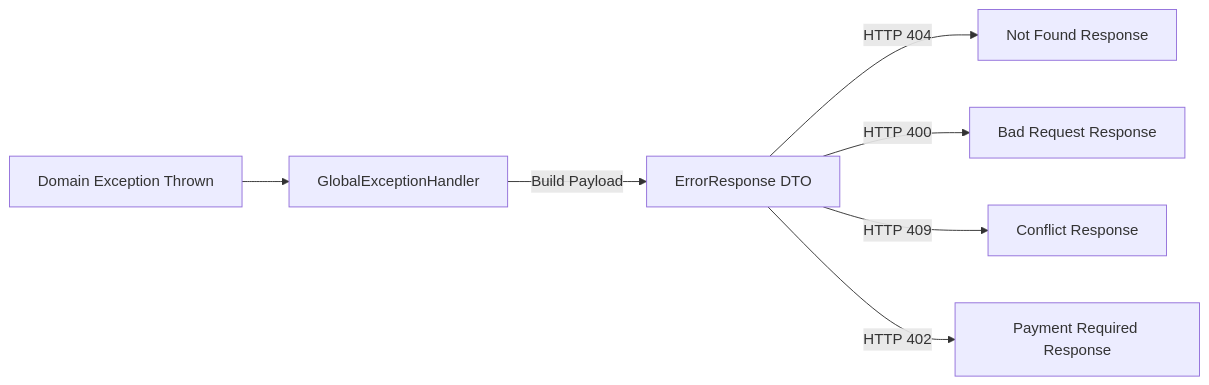
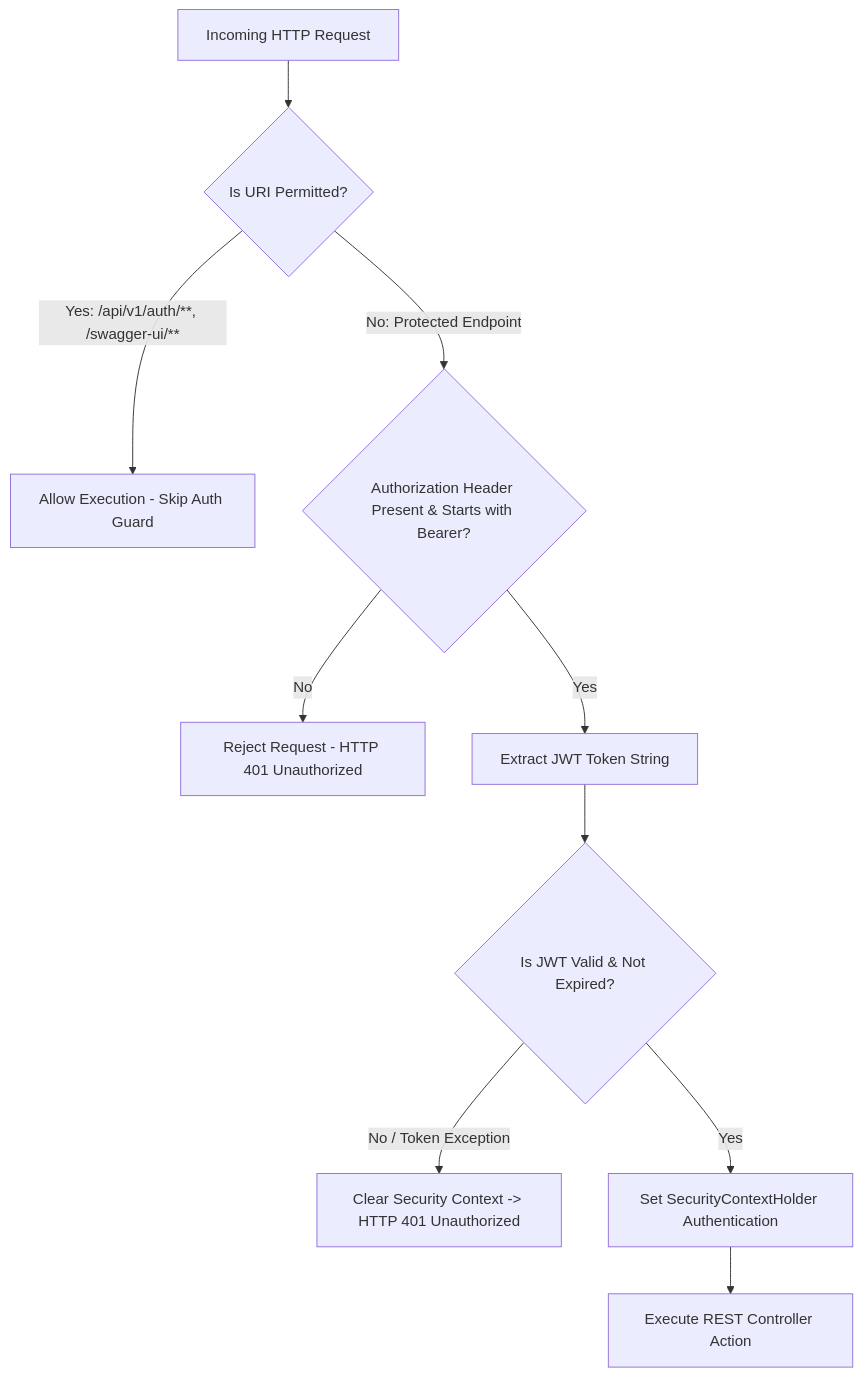
One commit to Amitgupta0001/amazon-scale-backend changed the fifth of 9 diagrams in docs/Architecture.md. Above: the diagram before and after it, drawn with Mermaid. The commit also changed other lines of this file and 26 other files, not shown here.

Commit message:
docs: document project architecture, API, security, database, and modules

````diff
--- a/docs/Architecture.md
+++ b/docs/Architecture.md
@@ -311,9 +264,12 @@
 ```mermaid
-graph LR
-    Ex[Domain Exception Thrown] --> Advice[GlobalExceptionHandler]
-    Advice -->|Build Payload| Response[ErrorResponse DTO]
-    Response -->|HTTP 404| NFound[Not Found Response]
-    Response -->|HTTP 400| BReq[Bad Request Response]
-    Response -->|HTTP 409| Conflict[Conflict Response]
-    Response -->|HTTP 402| PReq[Payment Required Response]
+flowchart TD
+    Req[Incoming HTTP Request] --> MatchPermit{Is URI Permitted?}
+    MatchPermit -->|Yes: /api/v1/auth/**, /swagger-ui/**| PassPublic[Allow Execution - Skip Auth Guard]
+    MatchPermit -->|No: Protected Endpoint| CheckHeader{Authorization Header Present & Starts with Bearer?}
+    CheckHeader -->|No| RejectAuth[Reject Request - HTTP 401 Unauthorized]
+    CheckHeader -->|Yes| ExtractToken[Extract JWT Token String]
+    ExtractToken --> ValidToken{Is JWT Valid & Not Expired?}
+    ValidToken -->|No / Token Exception| ClearCtx[Clear Security Context -> HTTP 401 Unauthorized]
+    ValidToken -->|Yes| SetAuth[Set SecurityContextHolder Authentication]
+    SetAuth --> ExecController[Execute REST Controller Action]
 ```
````
